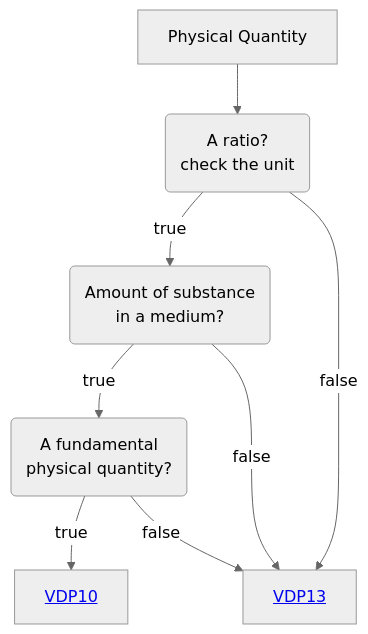
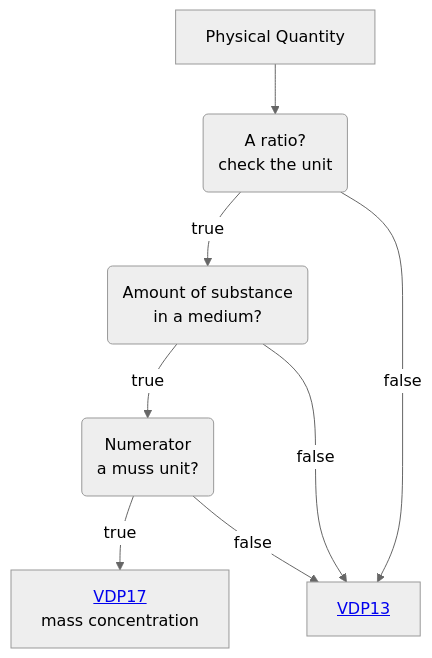
Before and after one commit to mabablue/I-ADOPT-patterns-playground: the diagram in Decisition_trees/DT2.mmd, drawn with Mermaid (neutral theme).

```diff
--- a/Decisition_trees/DT2.mmd
+++ b/Decisition_trees/DT2.mmd
@@ -1,8 +1,8 @@
 flowchart TD
     A[Physical Quantity] --> B(A ratio?<br>check the unit)
     B --> |true|C(Amount of substance <br> in a medium?) 
     B --> |false|D[<a href='https://github.com/mabablue/I-ADOPT-patterns-playground/blob/main/pattern/VDP13.yaml'>VDP13</a>]
-    C --> |true|E(A fundamental <br> physical quantity?)
+    C --> |true|E(Numerator <br> a muss unit?)
     C --> |false|D
-    E --> |true|F[<a href='https://github.com/mabablue/I-ADOPT-patterns-playground/blob/main/pattern/VDP10.yaml'>VDP10</a>]
+    E --> |true|F[<a href='https://github.com/mabablue/I-ADOPT-patterns-playground/blob/main/pattern/VDP17.yaml'>VDP17</a> <br> mass concentration]
     E --> |false|D
```
